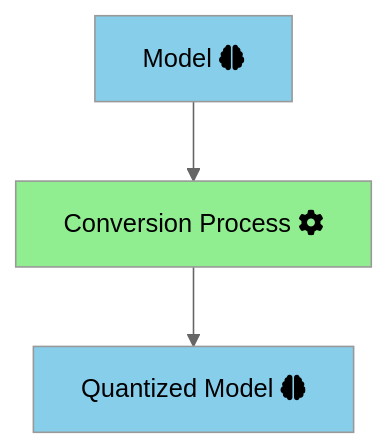
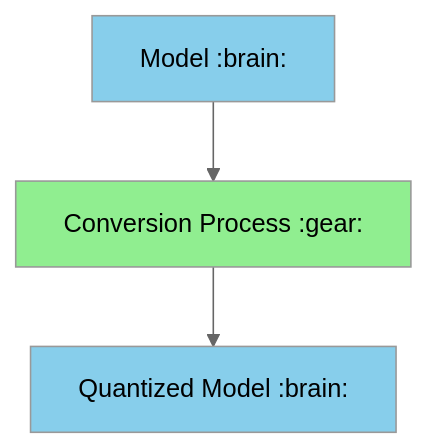
The first of 4 diagrams in README.md (gatepoet/LLM-Guide), drawn with Mermaid (neutral theme) before and after one commit. The commit also changed other lines of this file, not shown here.

````diff
--- a/README.md
+++ b/README.md
@@ -21,7 +21,7 @@
 ```mermaid
   graph
-  A[Model fa:fa-brain]:::blue --> B[Conversion Process fa:fa-cog]:::green
-  B --> C[Quantized Model fa:fa-brain]:::blue
+  A[Model :brain:]:::blue --> B[Conversion Process :gear:]:::green
+  B --> C[Quantized Model :brain:]:::blue
 classDef blue fill:skyblue
 classDef green fill:lightgreen
 ```
````
